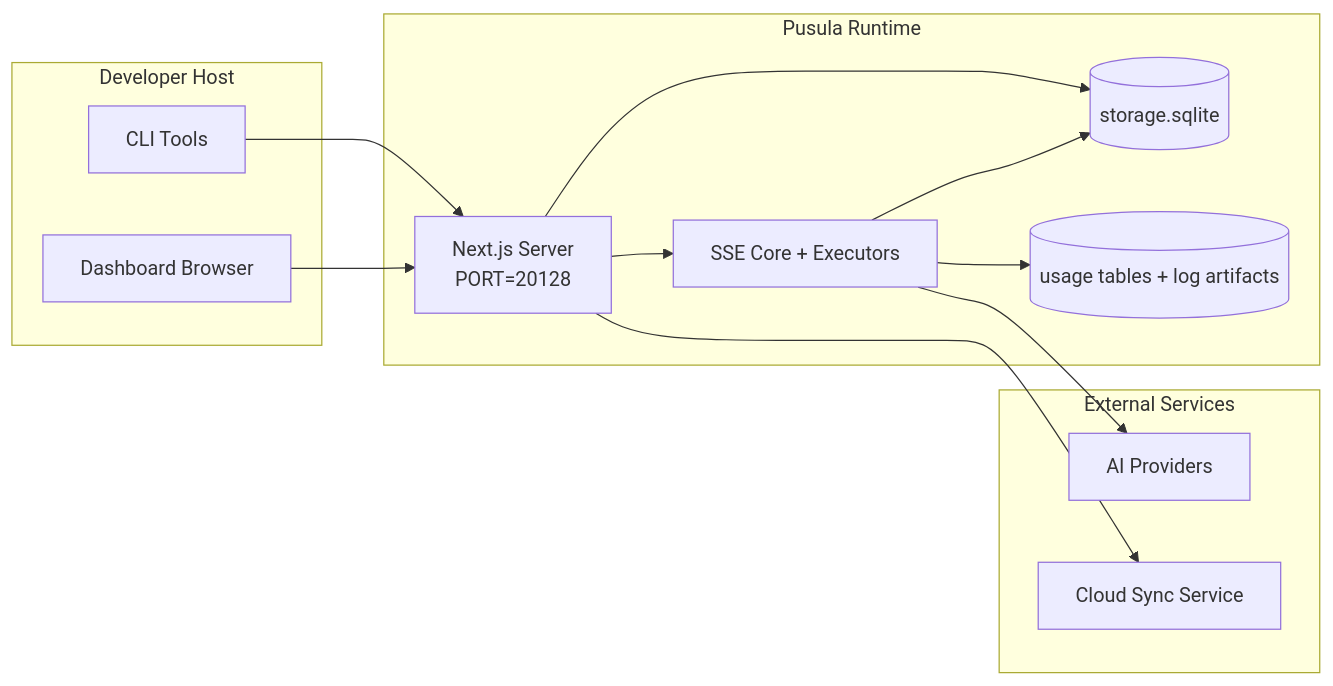
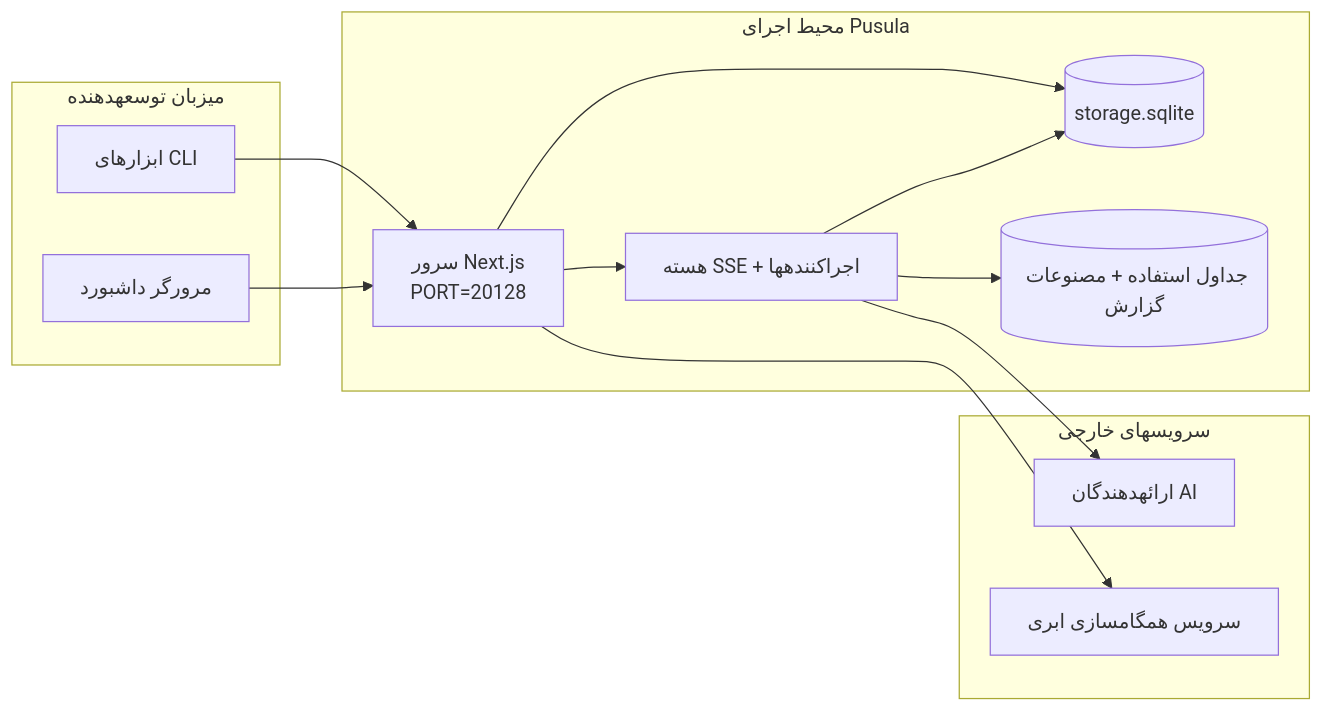
One commit to Ferhat-Yasinoglu/pusula changed the seventh of 7 diagrams in docs/i18n/fa/docs/architecture/ARCHITECTURE.md. Above: the diagram before and after it, drawn with Mermaid. The commit also changed other lines of this file and 5314 other files, not shown here.

````diff
--- a/docs/i18n/fa/docs/architecture/ARCHITECTURE.md
+++ b/docs/i18n/fa/docs/architecture/ARCHITECTURE.md
@@ -807,28 +801,28 @@
 ```mermaid
 flowchart LR
-    subgraph LocalHost[Developer Host]
-        CLI[CLI Tools]
-        Browser[Dashboard Browser]
+    subgraph LocalHost[میزبان توسعهدهنده]
+        CLI[ابزارهای CLI]
+        Browser[مرورگر داشبورد]
     end
 
-    subgraph ContainerOrProcess[Pusula Runtime]
-        Next[Next.js Server\nPORT=20128]
-        Core[SSE Core + Executors]
+    subgraph ContainerOrProcess[محیط اجرای Pusula]
+        Next[سرور Next.js\nPORT=20128]
+        Core[هسته SSE + اجراکنندهها]
         MainDB[(storage.sqlite)]
-        UsageDB[(usage tables + log artifacts)]
+        UsageDB[(جداول استفاده + مصنوعات گزارش)]
     end
 
-    subgraph External[External Services]
-        Providers[AI Providers]
-        SyncCloud[Cloud Sync Service]
+    subgraph External[سرویسهای خارجی]
+        Providers[ارائهدهندگان AI]
+        SyncCloud[سرویس همگامسازی ابری]
     end
 
     CLI --> Next
     Browser --> Next
     Next --> Core
     Next --> MainDB
     Core --> MainDB
     Core --> UsageDB
     Core --> Providers
     Next --> SyncCloud
 ```
````
